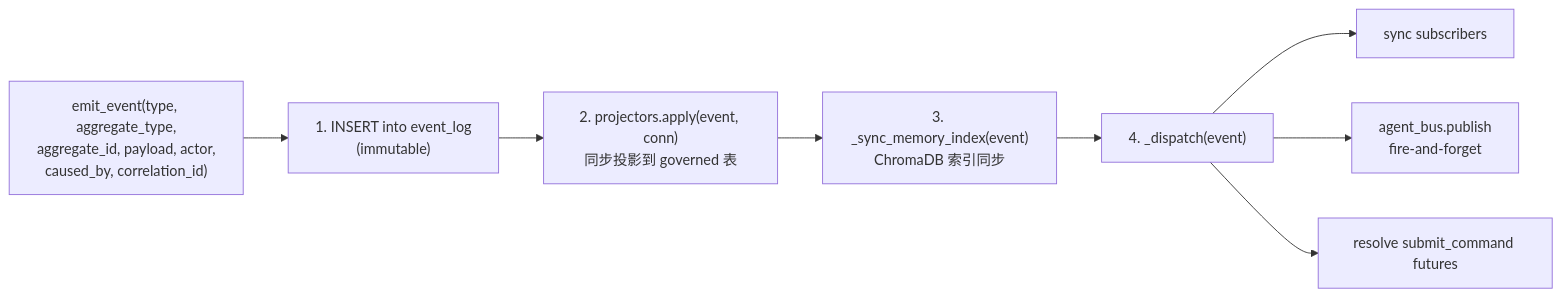
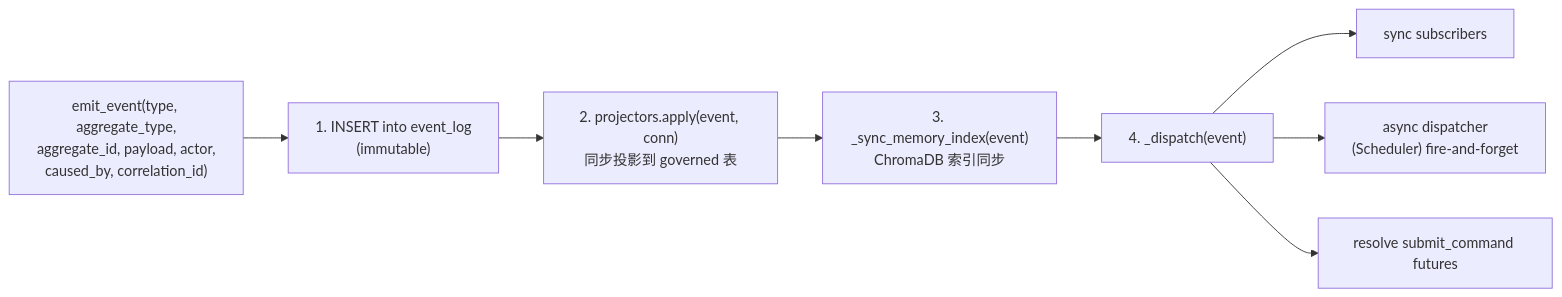
One commit to yyyyyyyy/personal-ai-runtime changed the diagram in docs/02-concepts/event-sourcing.md. Above: the diagram before and after it, drawn with Mermaid. The commit also changed other lines of this file and 15 other files, not shown here.

````diff
--- a/docs/02-concepts/event-sourcing.md
+++ b/docs/02-concepts/event-sourcing.md
@@ -28,11 +28,11 @@
 ```mermaid
 flowchart LR
     A["emit_event(type, aggregate_type,<br/>aggregate_id, payload, actor,<br/>caused_by, correlation_id)"]
     A --> B["1. INSERT into event_log<br/>(immutable)"]
     B --> C["2. projectors.apply(event, conn)<br/>同步投影到 governed 表"]
     C --> D["3. _sync_memory_index(event)<br/>ChromaDB 索引同步"]
     D --> E["4. _dispatch(event)"]
     E --> F["sync subscribers"]
-    E --> G["agent_bus.publish<br/>fire-and-forget"]
+    E --> G["async dispatcher<br/>(Scheduler) fire-and-forget"]
     E --> H["resolve submit_command futures"]
 ```
````
